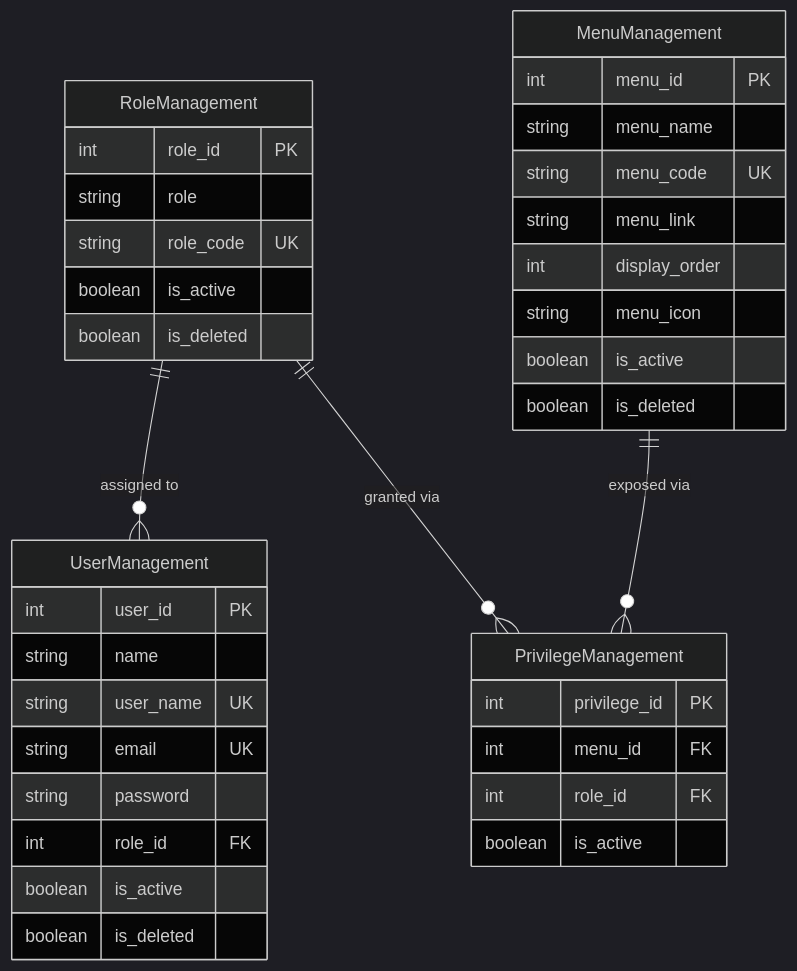
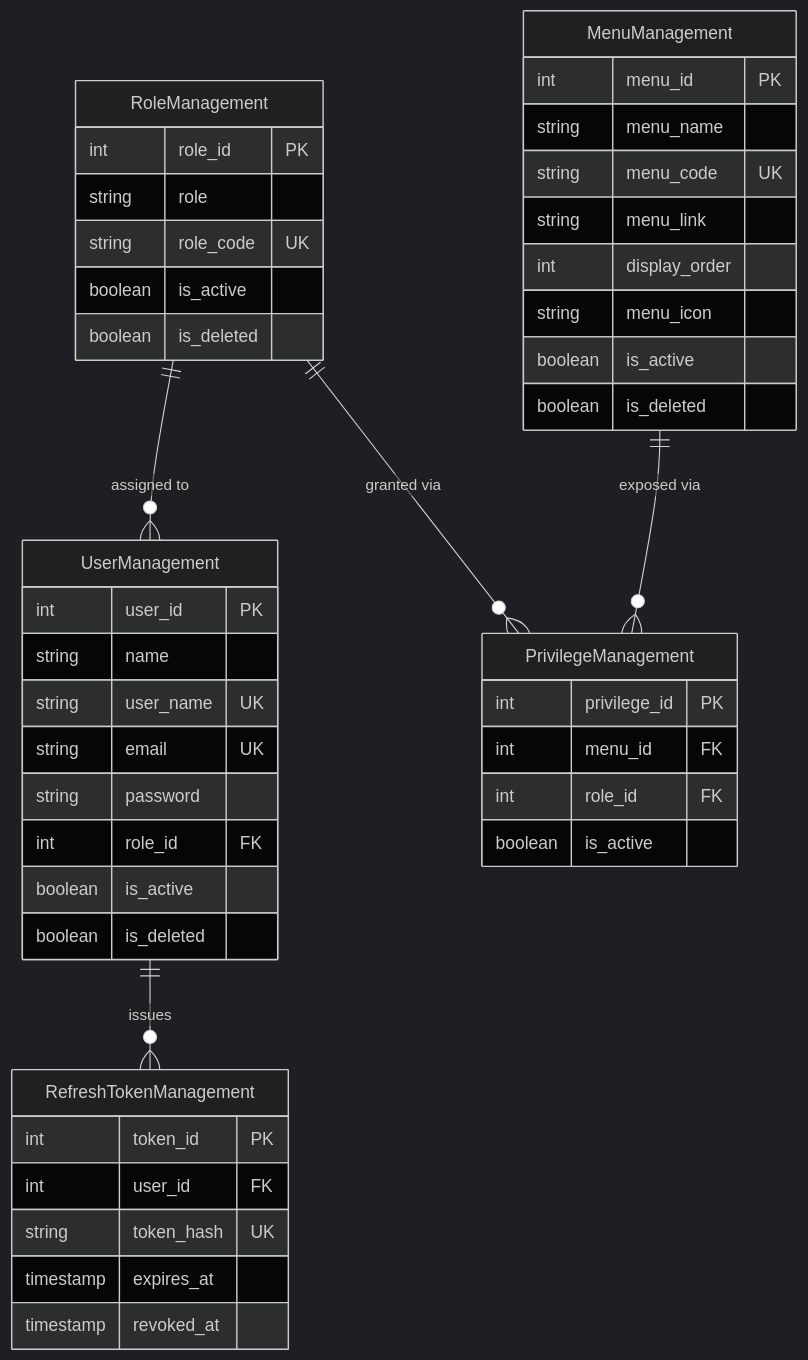
The diagram in README.md (The-Young-Swag/System-Management), drawn with Mermaid (dark theme) before and after one commit. The commit also changed other lines of this file, not shown here.

Commit message:
docs: update README for refresh token rotation and bcryptjs fix
- Add RefreshTokenManagement to table list and ERD
- Rewrite JWT bullet to accurately describe access/refresh design
- Add dedicated rotation/revocation feature bullet
- Fix bcrypt -> bcryptjs in table description
- Explain why RefreshTokenManagement uses revoked_at instead of is_deleted

````diff
--- a/README.md
+++ b/README.md
@@ -39,43 +40,52 @@
 ```mermaid
 erDiagram
     RoleManagement ||--o{ UserManagement : "assigned to"
     RoleManagement ||--o{ PrivilegeManagement : "granted via"
     MenuManagement ||--o{ PrivilegeManagement : "exposed via"
+    UserManagement ||--o{ RefreshTokenManagement : "issues"
 
     MenuManagement {
         int menu_id PK
         string menu_name
         string menu_code UK
         string menu_link
         int display_order
         string menu_icon
         boolean is_active
         boolean is_deleted
     }
 
     RoleManagement {
         int role_id PK
         string role
         string role_code UK
         boolean is_active
         boolean is_deleted
     }
 
     PrivilegeManagement {
         int privilege_id PK
         int menu_id FK
         int role_id FK
         boolean is_active
     }
 
     UserManagement {
         int user_id PK
         string name
         string user_name UK
         string email UK
         string password
         int role_id FK
         boolean is_active
         boolean is_deleted
     }
+
+    RefreshTokenManagement {
+        int token_id PK
+        int user_id FK
+        string token_hash UK
+        timestamp expires_at
+        timestamp revoked_at
+    }
 ```
````
